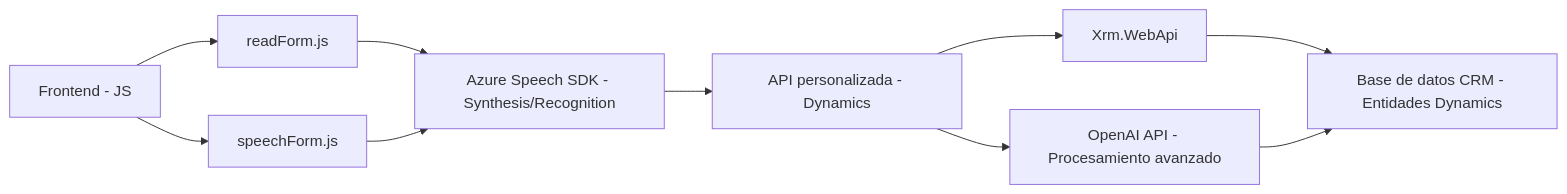
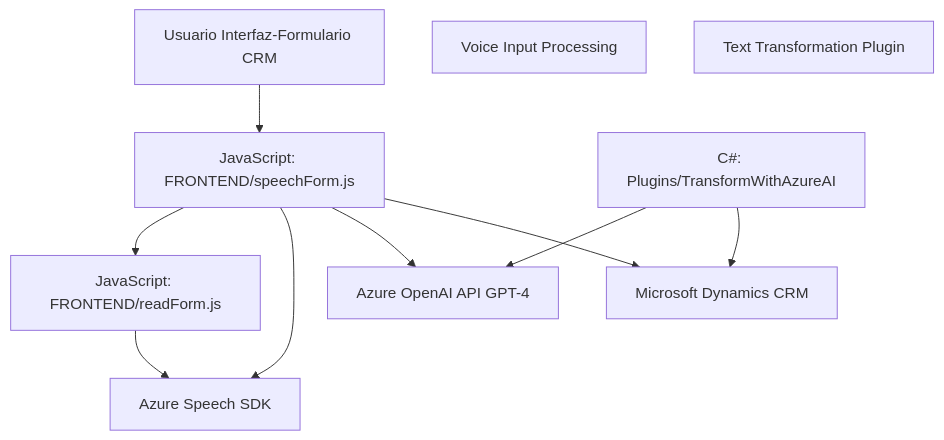
The diagram in README.md (blopezdm/NETCORE_BILBAO2025), drawn with Mermaid before and after one commit. The commit also changed other lines of this file, not shown here.

````diff
--- a/README.md
+++ b/README.md
@@ -37,12 +40,20 @@
 ```mermaid
-graph LR
-    A["Frontend - JS"] --> B["readForm.js"]
-    A --> C["speechForm.js"]
-    B --> D["Azure Speech SDK - Synthesis/Recognition"]
-    C --> D
-    D --> E["API personalizada - Dynamics"]
-    E --> F["OpenAI API - Procesamiento avanzado"]
-    E --> G["Xrm.WebApi"]
-    G --> H["Base de datos CRM - Entidades Dynamics"]
-    F --> H
+graph TD
+  A["JavaScript: FRONTEND/readForm.js"]
+  B["JavaScript: FRONTEND/speechForm.js"]
+  C["C#: Plugins/TransformWithAzureAI"]
+  D["Microsoft Dynamics CRM"]
+  E["Azure Speech SDK"]
+  F["Azure OpenAI API GPT-4"]
+  G["Usuario Interfaz-Formulario CRM"]
+  H["Voice Input Processing"]
+  I["Text Transformation Plugin"]
+
+  G --> B --> A
+  A --> E
+  B --> E
+  B --> F
+  C --> F
+  C --> D
+  B --> D
 ```
````
